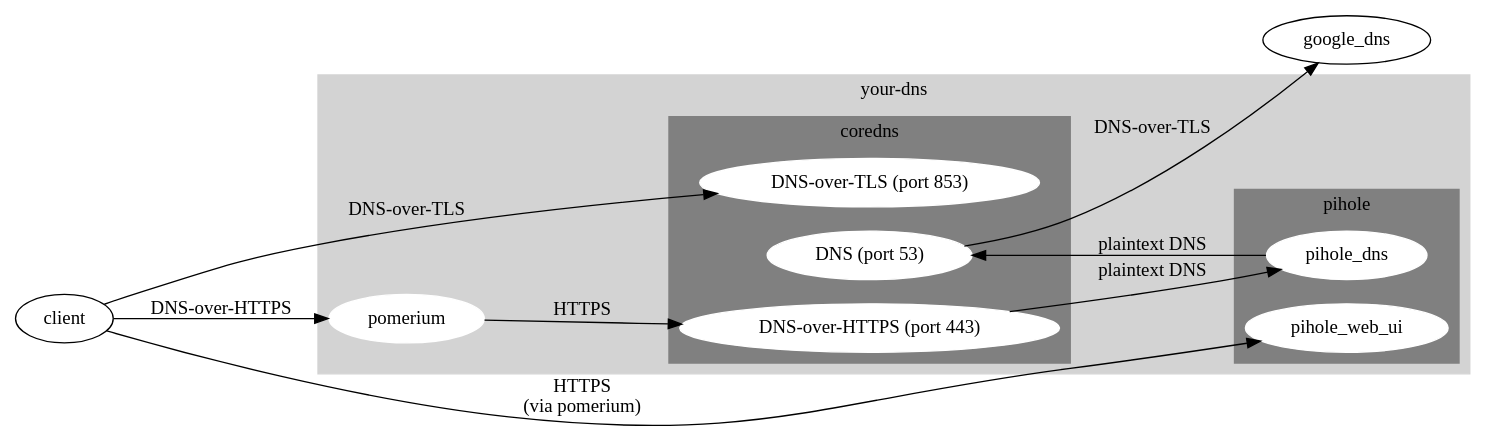
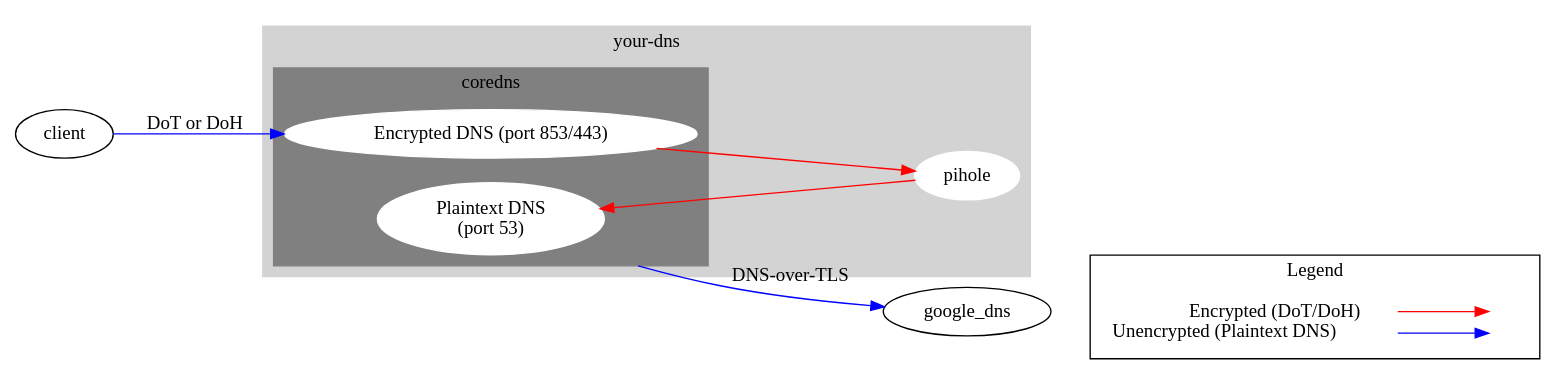
Before and after one commit to yegle/your-dns: the diagram in graph.dot, drawn with Graphviz.

Commit message:
Update the graph showing the stack.

```diff
--- a/graph.dot
+++ b/graph.dot
@@ -1,31 +1,39 @@
 digraph G {
   rankdir=LR;
+  compound=true;
   subgraph cluster_0 {
     style=filled;
     color=lightgrey;
     node [style=filled,color=white];
-    pomerium -> coredns_DoH [label="HTTPS"];
-    coredns_DoH -> pihole_dns [label="plaintext DNS"];
-    pihole_dns -> coredns_DNS [label="plaintext DNS"];
     label = "your-dns";
-    subgraph cluster_1 {
-        style=filled;
-        color=grey;
-        label="pihole"
-        pihole_dns;
-        pihole_web_ui;
-    }
     subgraph cluster_2 {
         style=filled;
         color=grey;
         label="coredns"
-        coredns_DNS [label="DNS (port 53)"];
-        coredns_DoT [label="DNS-over-TLS (port 853)"];
-        coredns_DoH [label="DNS-over-HTTPS (port 443)"];
+        coredns_encrypted [label="Encrypted DNS (port 853/443)"];
+        coredns_DNS [label="Plaintext DNS\n(port 53)"];
     }
+    pihole;
   }
-  client -> pomerium [label="DNS-over-HTTPS"];
-  client -> pihole_web_ui [label="HTTPS\n(via pomerium)"];
-  client -> coredns_DoT [label="DNS-over-TLS"];
-  coredns_DNS -> google_dns [label="DNS-over-TLS", ltail=cluster_2];
+  subgraph cluster_3 {
+      label="Legend";
+      node [shape="plaintext"];
+    key [label=<<table border="0" cellpadding="0" cellspacing="0" cellborder="0">
+      <tr><td align="right" port="i1">Encrypted (DoT/DoH)</td></tr>
+      <tr><td align="right" port="i2">Unencrypted (Plaintext DNS)</td></tr>
+      </table>>]
+    key2 [label=<<table border="0" cellpadding="0" cellspacing="0" cellborder="0">
+      <tr><td port="i1">&nbsp;</td></tr>
+      <tr><td port="i2">&nbsp;</td></tr>
+      </table>>]
+    key:i1:e -> key2:i1:w [color=red]
+    key:i2:e -> key2:i2:w [color=blue]
+  }
+  client -> coredns_encrypted [label="DoT or DoH", color="blue"];
+
+  coredns_encrypted -> pihole [color="red"];
+  pihole -> coredns_DNS [color="red"];
+
+  coredns_DNS -> google_dns [label="DNS-over-TLS", ltail=cluster_2, color="blue"];
+  google_dns -> key:i1:w [style="invis"];
 }
```
